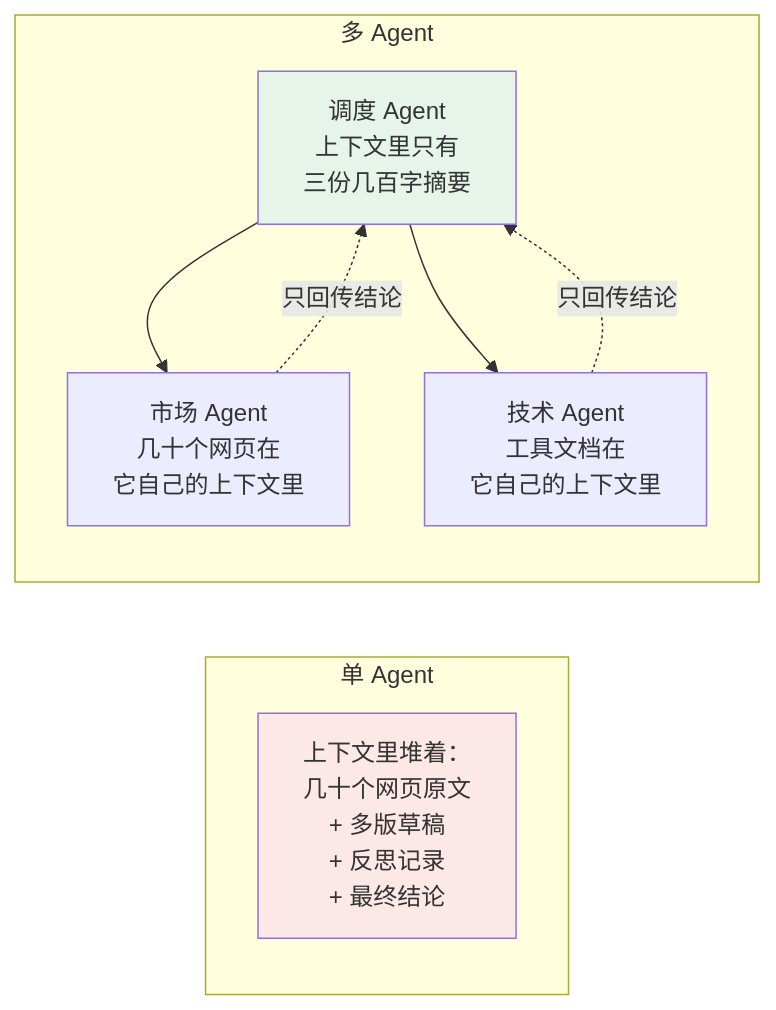
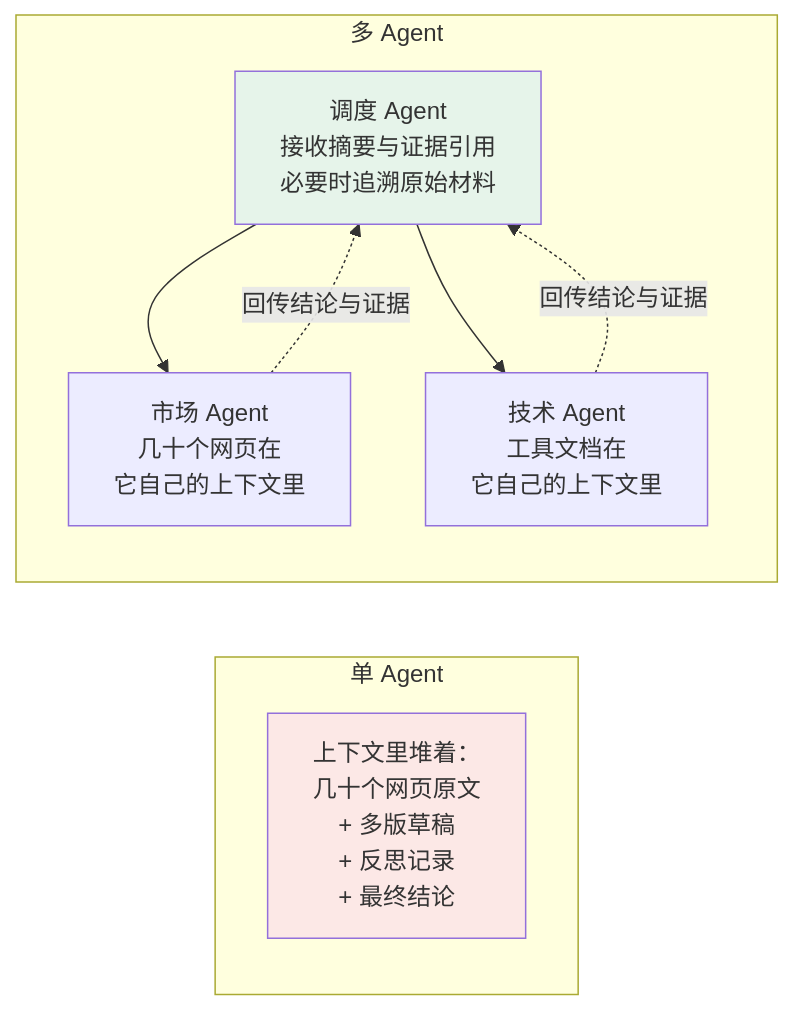
The first of 3 diagrams in docs/tools/04-agent-communication/11-a2a-protocol.md (oneleaveknowsthefall/awesome-ai-roadmap), drawn with Mermaid before and after one commit. The commit also changed other lines of this file and 50 other files, not shown here.

````diff
--- a/docs/tools/04-agent-communication/11-a2a-protocol.md
+++ b/docs/tools/04-agent-communication/11-a2a-protocol.md
@@ -27,19 +29,19 @@
 ```mermaid
 flowchart LR
     subgraph SINGLE["单 Agent"]
         S1["上下文里堆着：<br/>几十个网页原文<br/>+ 多版草稿<br/>+ 反思记录<br/>+ 最终结论"]
     end
 
     subgraph MULTI["多 Agent"]
-        O["调度 Agent<br/>上下文里只有<br/>三份几百字摘要"]
+        O["调度 Agent<br/>接收摘要与证据引用<br/>必要时追溯原始材料"]
         A1["市场 Agent<br/>几十个网页在<br/>它自己的上下文里"]
         A2["技术 Agent<br/>工具文档在<br/>它自己的上下文里"]
         O --> A1
         O --> A2
-        A1 -.只回传结论.-> O
-        A2 -.只回传结论.-> O
+        A1 -.回传结论与证据.-> O
+        A2 -.回传结论与证据.-> O
     end
 
     style S1 fill:#fce8e6
     style O fill:#e6f4ea
 ```
````
